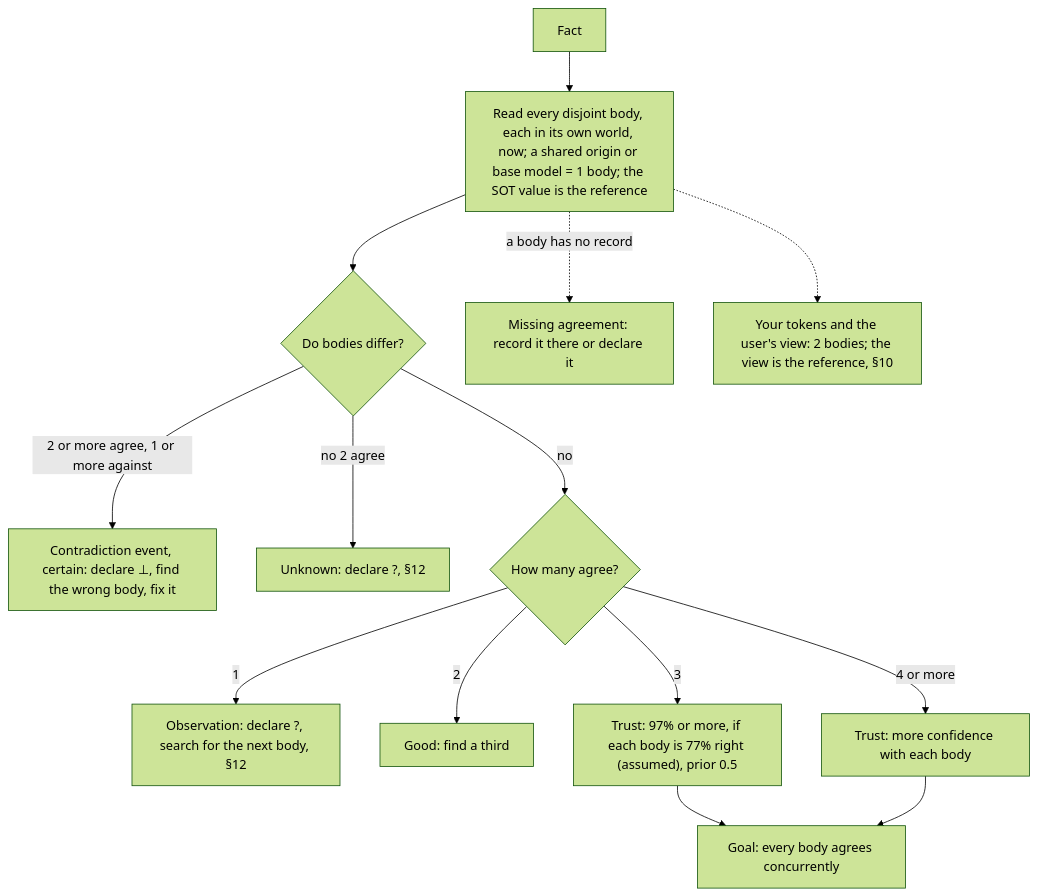
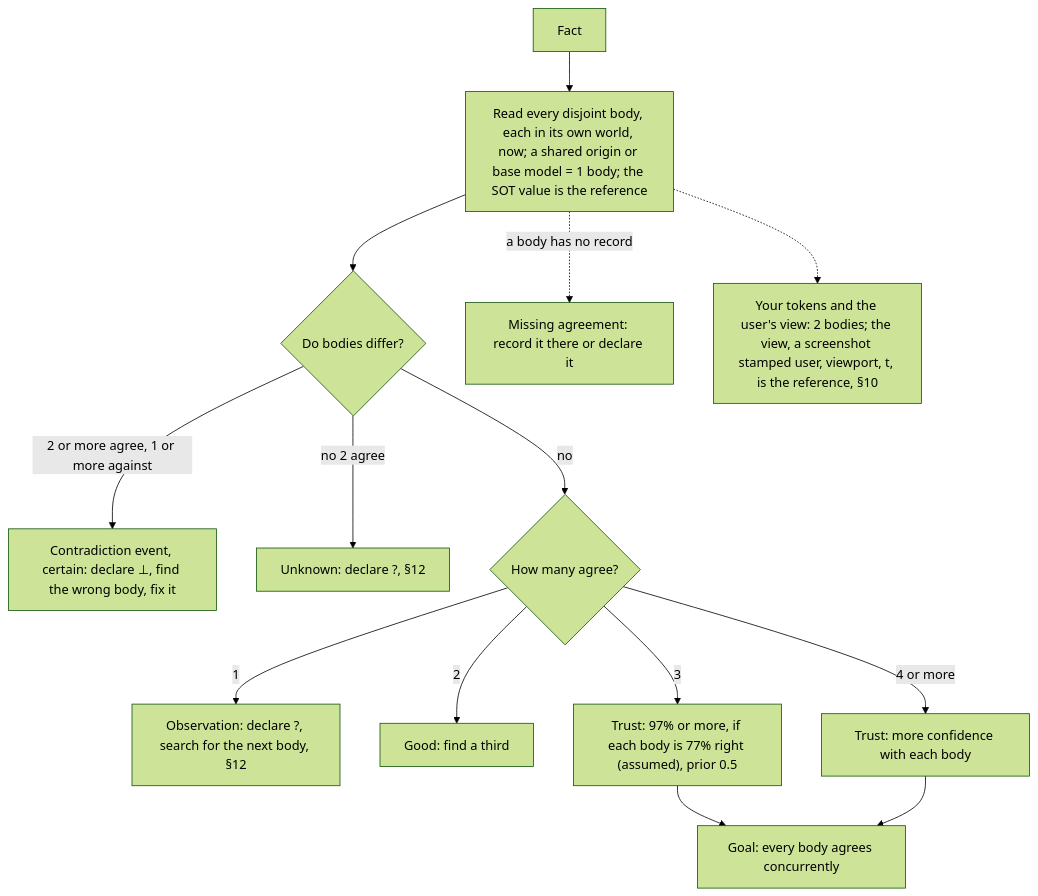
Before and after one commit to SolenixAI/arbiter: diagram 14 of 14 in AGENTS.md, drawn with Mermaid (forest theme). The commit also changed other lines of this file and 1 other file, not shown here.

````diff
--- a/AGENTS.md
+++ b/AGENTS.md
@@ -679,16 +677,16 @@
 ```mermaid
 flowchart TD
   F[Fact] --> B["Read every disjoint body, each in its own world, now; a shared origin or base model = 1 body; the SOT value is the reference"]
   B --> D{Do bodies differ?}
   D -->|2 or more agree, 1 or more against| C["Contradiction event, certain: declare ⊥, find the wrong body, fix it"]
   D -->|no 2 agree| U["Unknown: declare ?, §12"]
   D -->|no| N{How many agree?}
   N -->|1| O["Observation: declare ?, search for the next body, §12"]
   N -->|2| G[Good: find a third]
   N -->|3| T["Trust: 97% or more, if each body is 77% right (assumed), prior 0.5"]
   N -->|4 or more| M[Trust: more confidence with each body]
   B -.->|a body has no record| Mi[Missing agreement: record it there or declare it]
-  B -.-> TP["Your tokens and the user's view: 2 bodies; the view is the reference, §10"]
+  B -.-> TP["Your tokens and the user's view: 2 bodies; the view, a screenshot stamped user, viewport, t, is the reference, §10"]
   T --> Goal[Goal: every body agrees concurrently]
   M --> Goal
 ```
````
